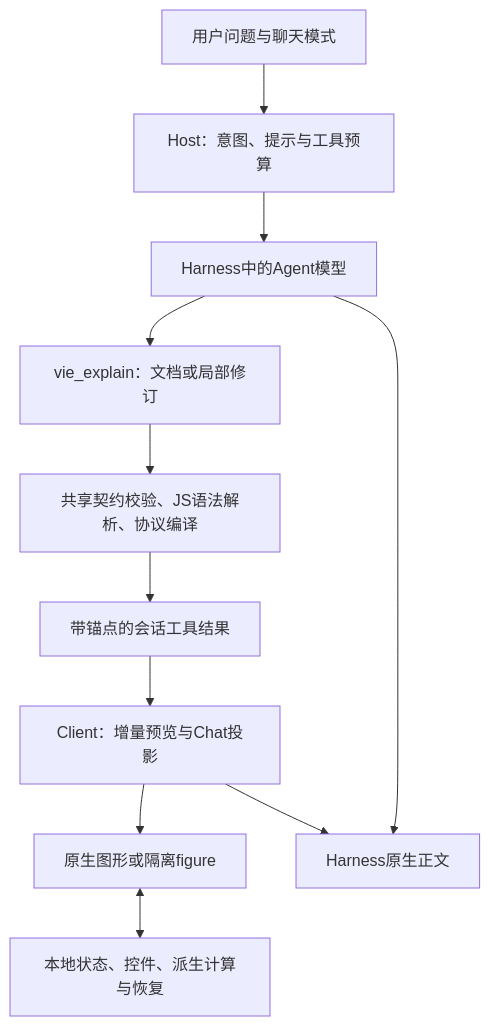
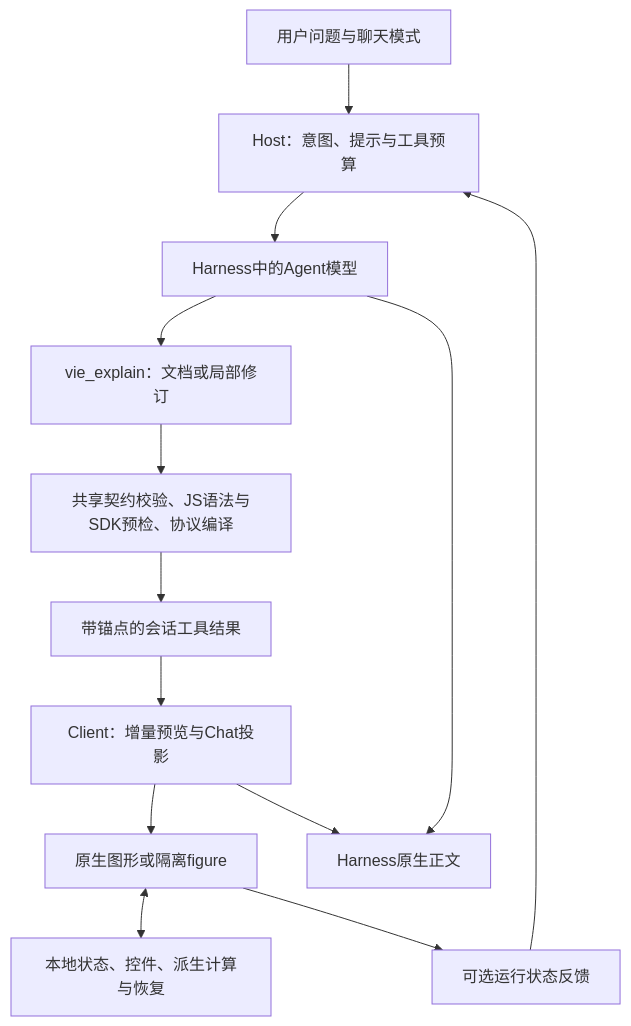
One commit to alccs/dsh-visual-intelligence-engine changed the diagram in docs/ARCHITECTURE.md. Above: the diagram before and after it, drawn with Mermaid. The commit also changed other lines of this file and 146 other files, not shown here.

````diff
--- a/docs/ARCHITECTURE.md
+++ b/docs/ARCHITECTURE.md
@@ -7,13 +7,15 @@
 ```mermaid
 flowchart TD
     U[用户问题与聊天模式] --> H[Host：意图、提示与工具预算]
     H --> M[Harness中的Agent模型]
     M --> T[vie_explain：文档或局部修订]
-    T --> V[共享契约校验、JS语法解析、协议编译]
+    T --> V[共享契约校验、JS语法与SDK预检、协议编译]
     V --> E[带锚点的会话工具结果]
     E --> C[Client：增量预览与Chat投影]
     C --> R[原生图形或隔离figure]
     M --> P[Harness原生正文]
     C --> P
     R <--> S[本地状态、控件、派生计算与恢复]
+    R --> F[可选运行状态反馈]
+    F --> H
 ```
````
